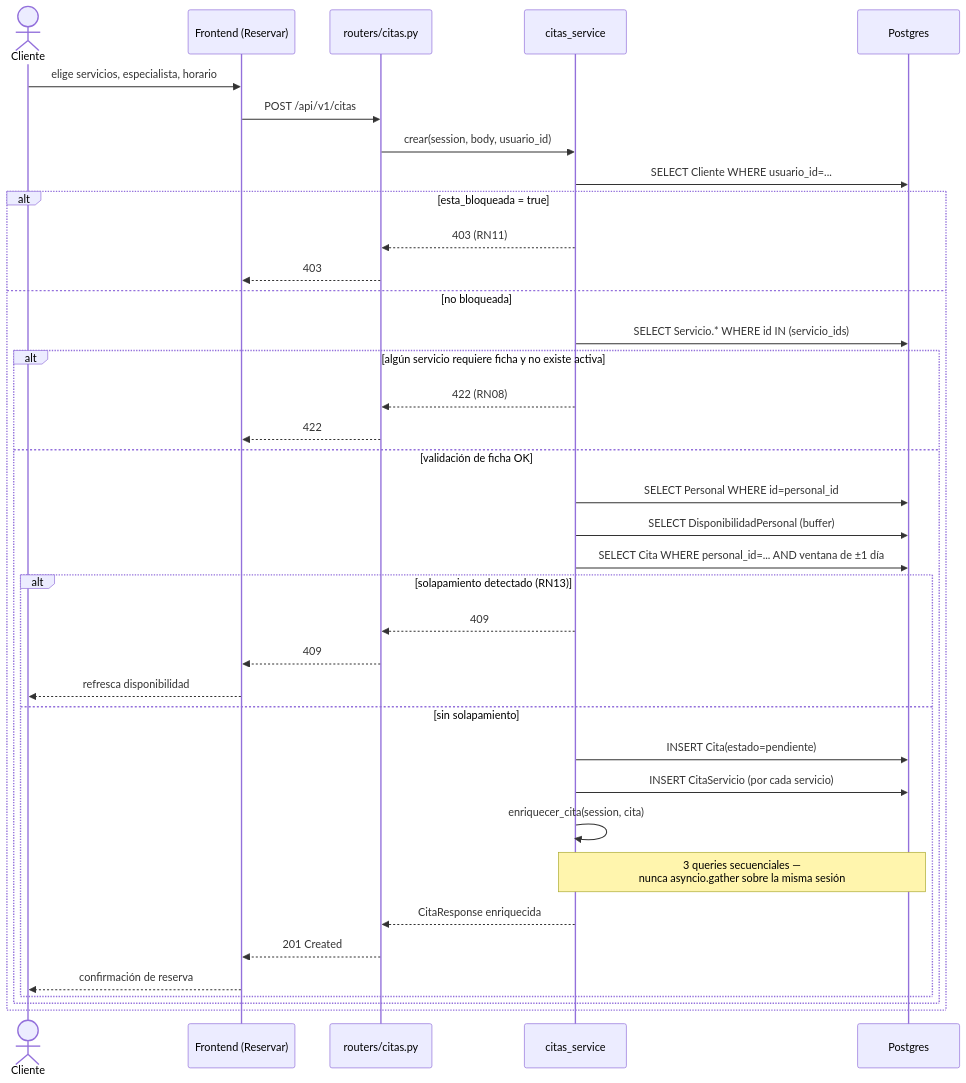
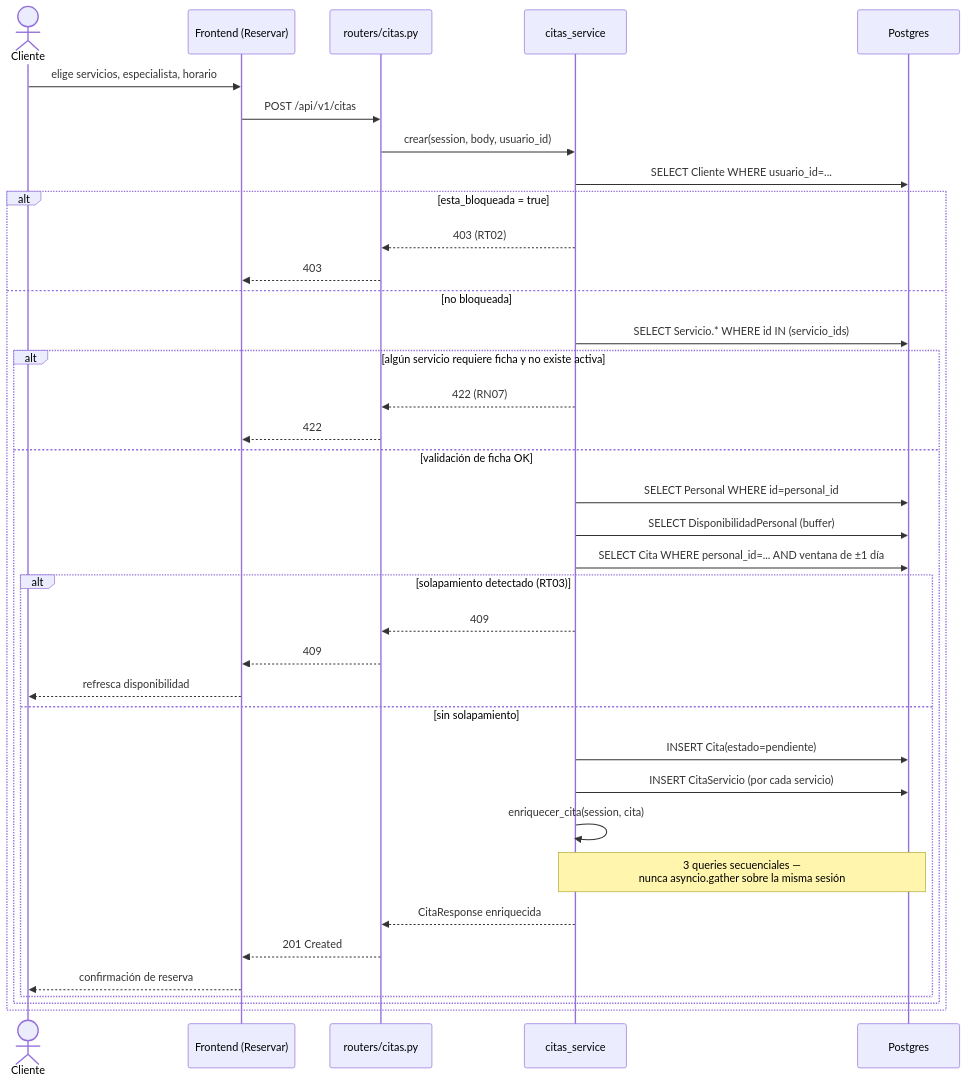
The third of 6 diagrams in docs/tesis/07_DIAGRAMAS_DE_SECUENCIA.md (Alezzandromv/welve), drawn with Mermaid before and after one commit. The commit also changed other lines of this file and 73 other files, not shown here.

````diff
--- a/docs/tesis/07_DIAGRAMAS_DE_SECUENCIA.md
+++ b/docs/tesis/07_DIAGRAMAS_DE_SECUENCIA.md
@@ -96,40 +96,40 @@
 ```mermaid
 sequenceDiagram
     actor C as Cliente
     participant FE as Frontend (Reservar)
     participant R as routers/citas.py
     participant S as citas_service
     participant DB as Postgres
 
     C->>FE: elige servicios, especialista, horario
     FE->>R: POST /api/v1/citas
     R->>S: crear(session, body, usuario_id)
     S->>DB: SELECT Cliente WHERE usuario_id=...
     alt esta_bloqueada = true
-        S-->>R: 403 (RN11)
+        S-->>R: 403 (RT02)
         R-->>FE: 403
     else no bloqueada
         S->>DB: SELECT Servicio.* WHERE id IN (servicio_ids)
         alt algún servicio requiere ficha y no existe activa
-            S-->>R: 422 (RN08)
+            S-->>R: 422 (RN07)
             R-->>FE: 422
         else validación de ficha OK
             S->>DB: SELECT Personal WHERE id=personal_id
             S->>DB: SELECT DisponibilidadPersonal (buffer)
             S->>DB: SELECT Cita WHERE personal_id=... AND ventana de ±1 día
-            alt solapamiento detectado (RN13)
+            alt solapamiento detectado (RT03)
                 S-->>R: 409
                 R-->>FE: 409
                 FE-->>C: refresca disponibilidad
             else sin solapamiento
                 S->>DB: INSERT Cita(estado=pendiente)
                 S->>DB: INSERT CitaServicio (por cada servicio)
                 S->>S: enriquecer_cita(session, cita)
                 Note over S,DB: 3 queries secuenciales —<br/>nunca asyncio.gather sobre la misma sesión
                 S-->>R: CitaResponse enriquecida
                 R-->>FE: 201 Created
                 FE-->>C: confirmación de reserva
             end
         end
     end
 ```
````
